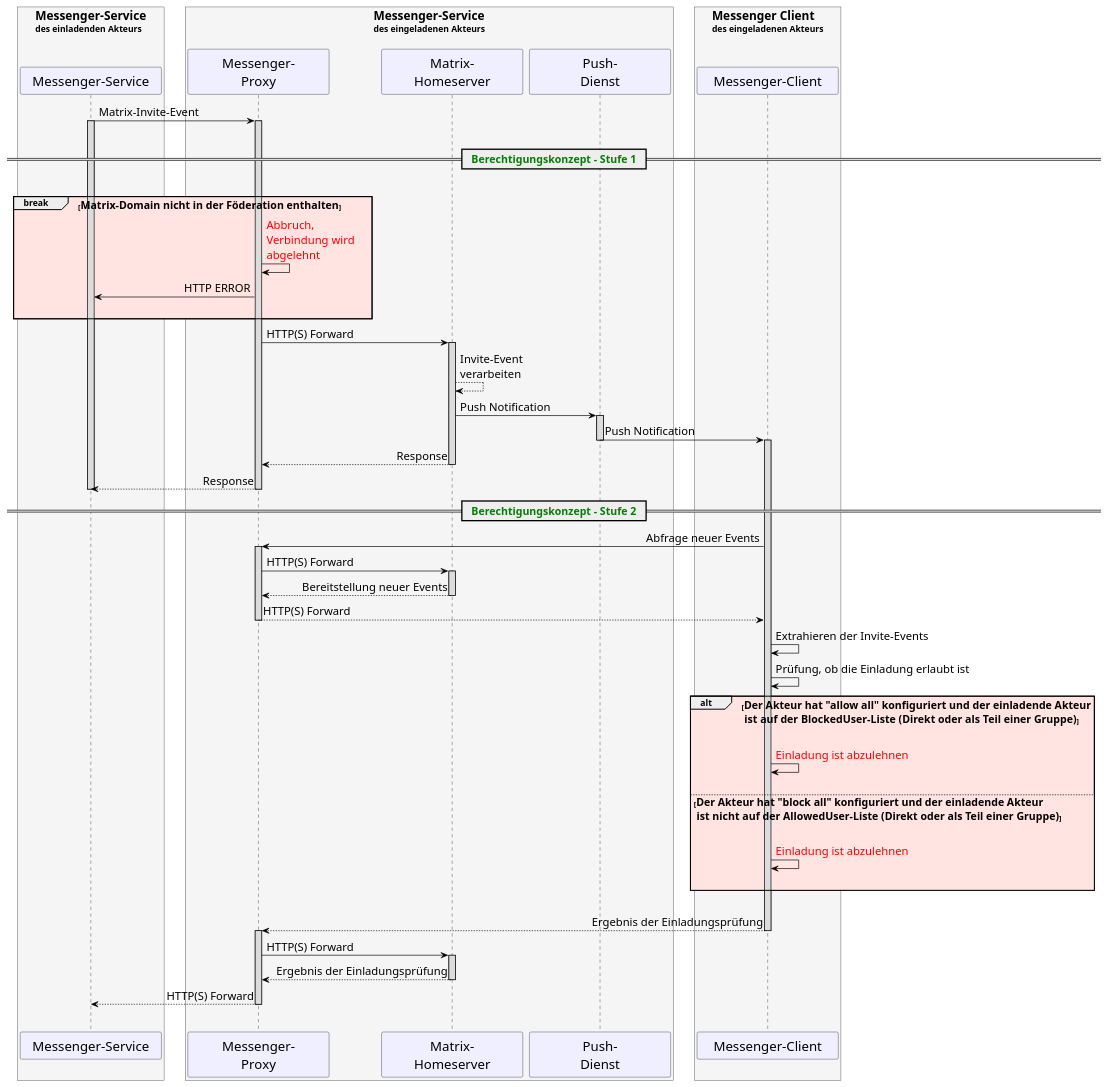
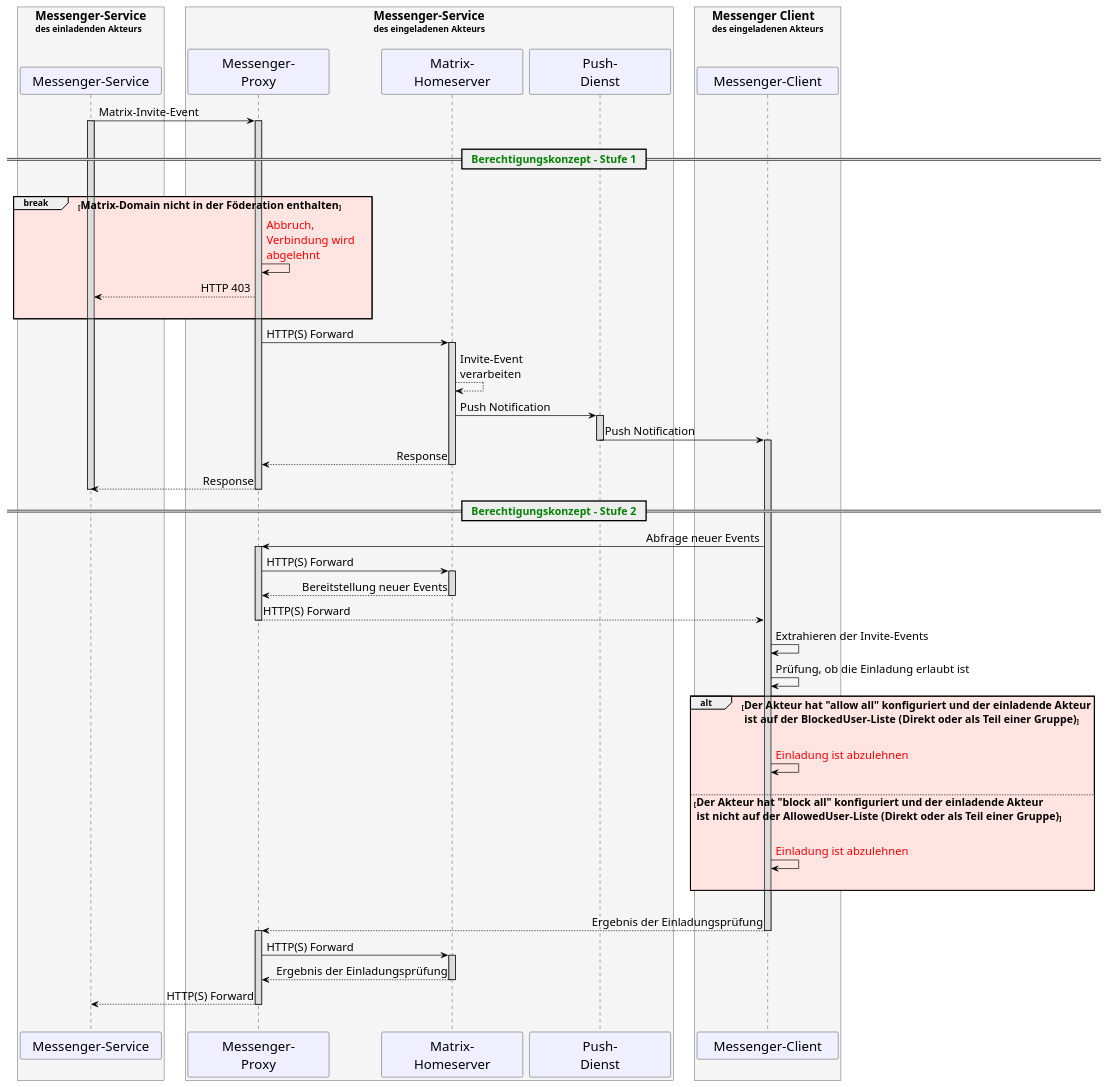
One commit to gematik/api-ti-messenger changed the diagram in src/plantuml/TI-Messenger-Dienst/Ressourcen/UC_Approvel_List_Seq.puml. Above: the diagram before and after it, drawn with PlantUML. The commit also changed 1 other file, not shown here.

```diff
--- a/src/plantuml/TI-Messenger-Dienst/Ressourcen/UC_Approvel_List_Seq.puml
+++ b/src/plantuml/TI-Messenger-Dienst/Ressourcen/UC_Approvel_List_Seq.puml
@@ -8,97 +8,98 @@
 @startuml
 skinparam sequenceMessageAlign direction
 skinparam minClassWidth 200
 skinparam BoxPadding 15
 skinparam sequenceReferenceHeaderBackgroundColor palegreen
 scale max 2048 width
 
 skinparam sequence {
   ArrowColor black
   ArrowFontSize 17
   ActorBorderColor black
   LifeLineBorderColor black
   LifeLineBackgroundColor Gainsboro
 
   ParticipantBorderColor Motivation
   ParticipantBackgroundColor Motivation
+
   ParticipantFontSize 20
   ParticipantFontColor black
   ParticipantBorderColor Black
   ParticipantBackgroundColor MOTIVATION
 
   ActorBackgroundColor Gainsboro
   ActorFontColor black
   ActorFontSize 20
   ActorFontName Aapex
 }
 box <size:18>Messenger-Service\ndes einladenden Akteurs\n #WhiteSmoke
 participant MS as "Messenger-Service"
 end box
 box <size:18>Messenger-Service\ndes eingeladenen Akteurs\n #WhiteSmoke
 participant MP2 as "Messenger-\nProxy"
 participant MH2 as "Matrix-\nHomeserver"
 participant PG as "Push-\nDienst"
 end box
 box <size:18>Messenger Client\ndes eingeladenen Akteurs\n #WhiteSmoke
 participant MC2 as "Messenger-Client"
 end box
 MS->MP2:Matrix-Invite-Event
 activate MP2
 activate MS
 |||
 == <font color=green><size:16>  Berechtigungskonzept - Stufe 1</size></font>  ==
 |||
 break #MistyRose <size:16>Matrix-Domain nicht in der Föderation enthalten</size>
   MP2->MP2:<font color=red>Abbruch, \n<font color=red>Verbindung wird \n<font color=red>abgelehnt</font>
-  MP2->MS: HTTP ERROR
+  MP2-->MS: HTTP 403
   |||
   end
 
   MP2->MH2: HTTP(S) Forward
   activate MH2
   MH2-->MH2: Invite-Event \nverarbeiten
   MH2->PG++: Push Notification
   PG->MC2--: Push Notification
   activate MC2
   MH2-->MP2: Response
   deactivate MH2
   MP2-->MS: Response
   deactivate MP2
   deactivate MS
 
 == <font color=green><size:16>  Berechtigungskonzept - Stufe 2</size></font>  ==
   MC2->MP2: Abfrage neuer Events
   activate MP2
   MP2->MH2: HTTP(S) Forward
   activate MH2
   MH2-->MP2: Bereitstellung neuer Events
   deactivate MH2
   MP2-->MC2: HTTP(S) Forward
   deactivate MP2
 
   MC2->MC2: Extrahieren der Invite-Events
   MC2->MC2: Prüfung, ob die Einladung erlaubt ist
 
   alt #MistyRose <size:16>Der Akteur hat "allow all" konfiguriert und der einladende Akteur\n<size:16> ist auf der BlockedUser-Liste (Direkt oder als Teil einer Gruppe)</size>
     |||
     MC2->MC2:<font color=red>Einladung ist abzulehnen</font>
     |||
   else <size:16>Der Akteur hat "block all" konfiguriert und der einladende Akteur\n<size:16> ist nicht auf der AllowedUser-Liste (Direkt oder als Teil einer Gruppe)</size>
     |||
     MC2->MC2:<font color=red>Einladung ist abzulehnen</font>
     |||
   end
 
 
 |||
 MC2-->MP2: Ergebnis der Einladungsprüfung
 deactivate MC2
 activate MP2
 MP2->MH2: HTTP(S) Forward
 activate MH2
 MH2-->MP2: Ergebnis der Einladungsprüfung
 deactivate MH2
 MP2-->MS: HTTP(S) Forward
 deactivate MP2
 |||
 @enduml
```
